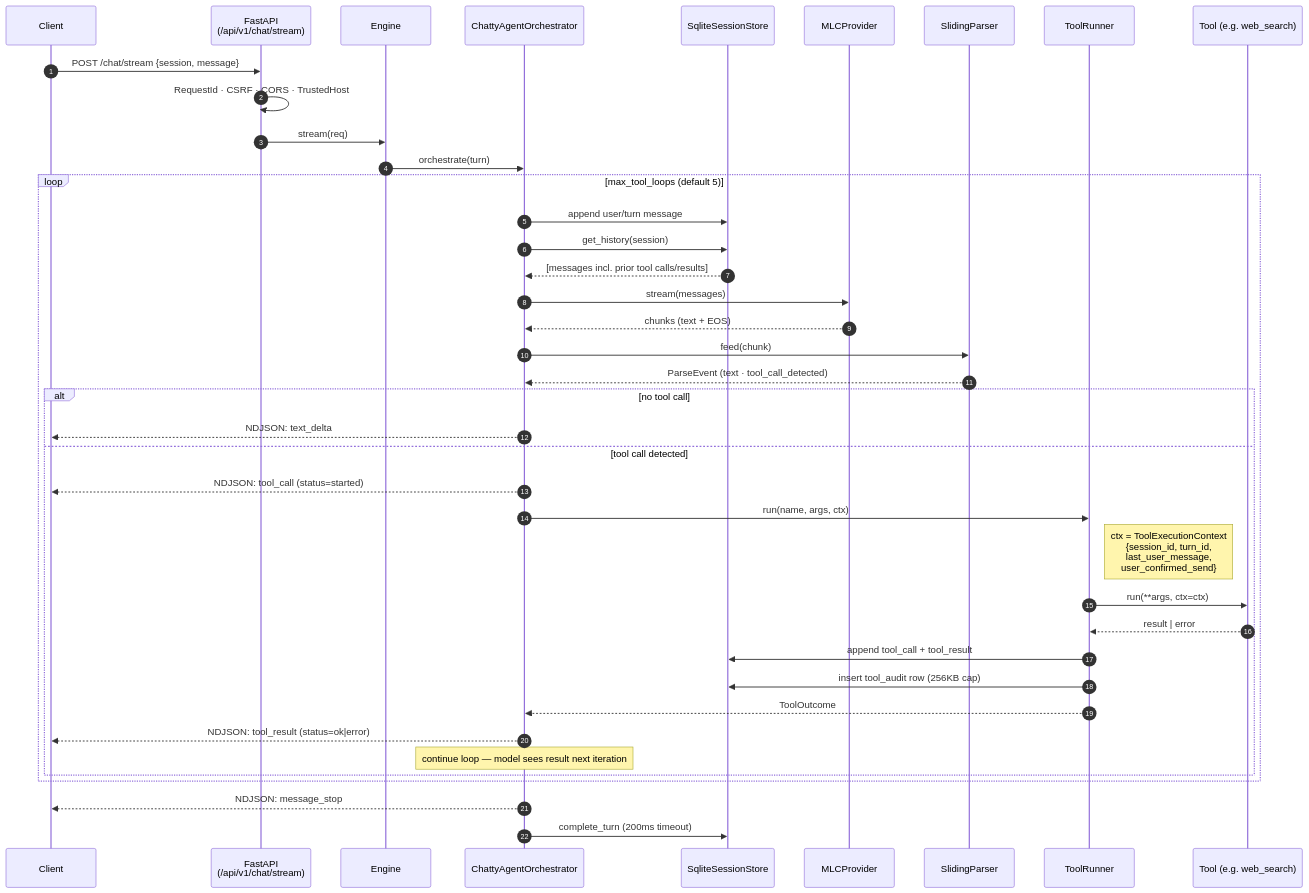
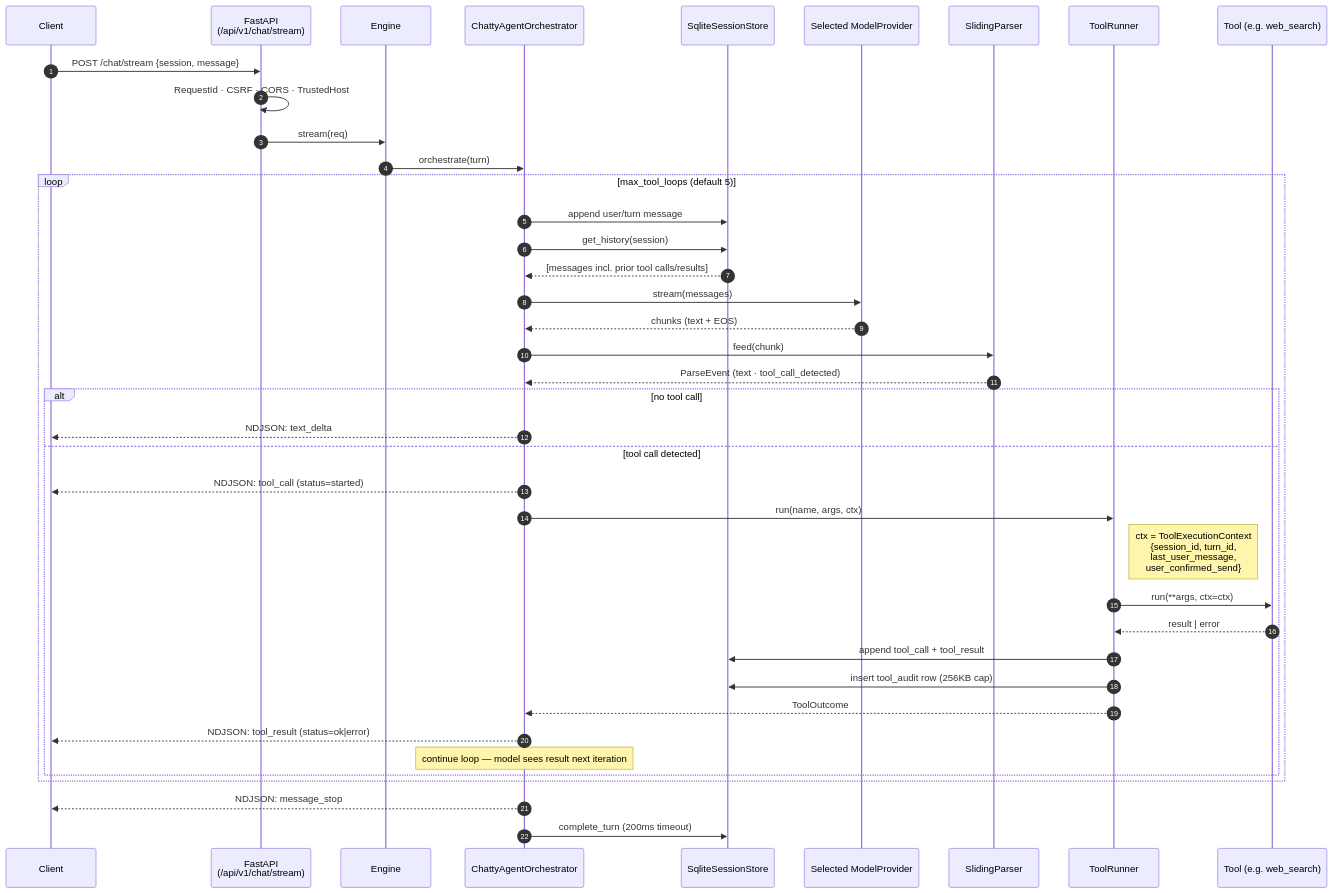
The second of 5 diagrams in docs/architecture.md (Lando-00/Tether), drawn with Mermaid before and after one commit. The commit also changed other lines of this file and 20 other files, not shown here.

````diff
--- a/docs/architecture.md
+++ b/docs/architecture.md
@@ -128,43 +135,43 @@
 ```mermaid
 sequenceDiagram
     autonumber
     participant Client
     participant FastAPI as FastAPI<br/>(/api/v1/chat/stream)
     participant Engine
     participant Orch as ChattyAgentOrchestrator
     participant Store as SqliteSessionStore
-    participant Provider as MLCProvider
+    participant Provider as Selected ModelProvider
     participant Parser as SlidingParser
     participant Runner as ToolRunner
     participant Tool as Tool (e.g. web_search)
 
     Client->>FastAPI: POST /chat/stream {session, message}
     FastAPI->>FastAPI: RequestId · CSRF · CORS · TrustedHost
     FastAPI->>Engine: stream(req)
     Engine->>Orch: orchestrate(turn)
     loop max_tool_loops (default 5)
         Orch->>Store: append user/turn message
         Orch->>Store: get_history(session)
         Store-->>Orch: [messages incl. prior tool calls/results]
         Orch->>Provider: stream(messages)
         Provider-->>Orch: chunks (text + EOS)
         Orch->>Parser: feed(chunk)
         Parser-->>Orch: ParseEvent (text · tool_call_detected)
         alt no tool call
             Orch-->>Client: NDJSON: text_delta
         else tool call detected
             Orch-->>Client: NDJSON: tool_call (status=started)
             Orch->>Runner: run(name, args, ctx)
             Note right of Runner: ctx = ToolExecutionContext<br/>{session_id, turn_id,<br/>last_user_message,<br/>user_confirmed_send}
             Runner->>Tool: run(**args, ctx=ctx)
             Tool-->>Runner: result | error
             Runner->>Store: append tool_call + tool_result
             Runner->>Store: insert tool_audit row (256KB cap)
             Runner-->>Orch: ToolOutcome
             Orch-->>Client: NDJSON: tool_result (status=ok|error)
             Note over Orch: continue loop — model sees result next iteration
         end
     end
     Orch-->>Client: NDJSON: message_stop
     Orch->>Store: complete_turn (200ms timeout)
 ```
````
